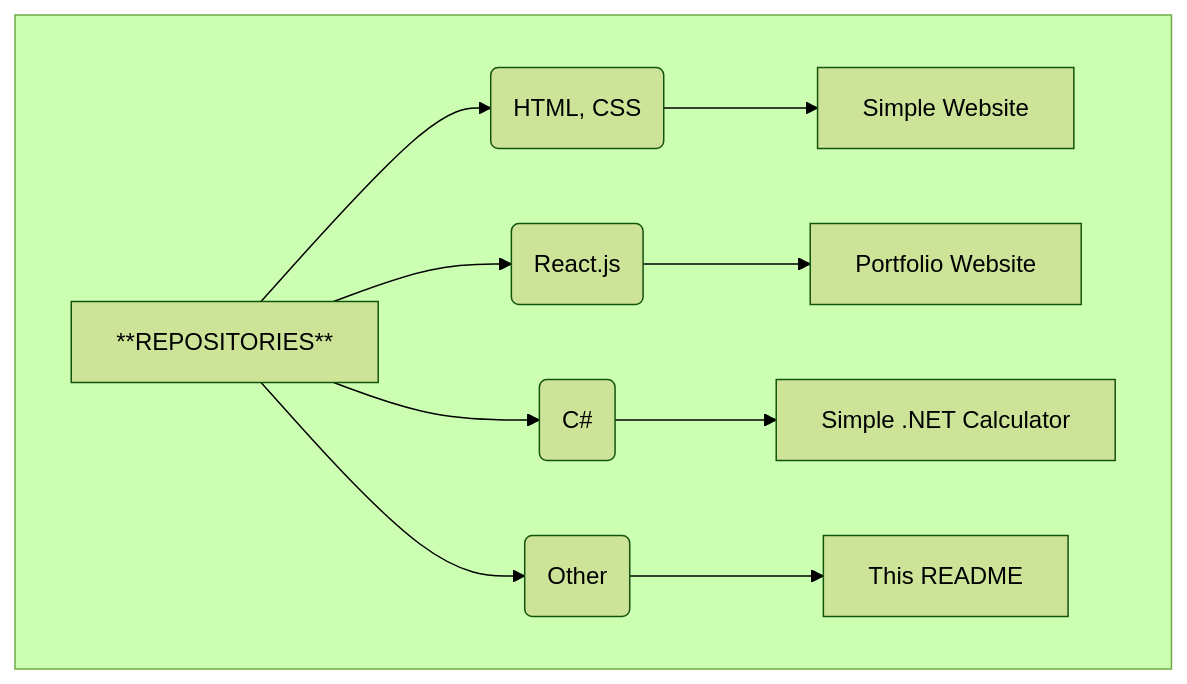
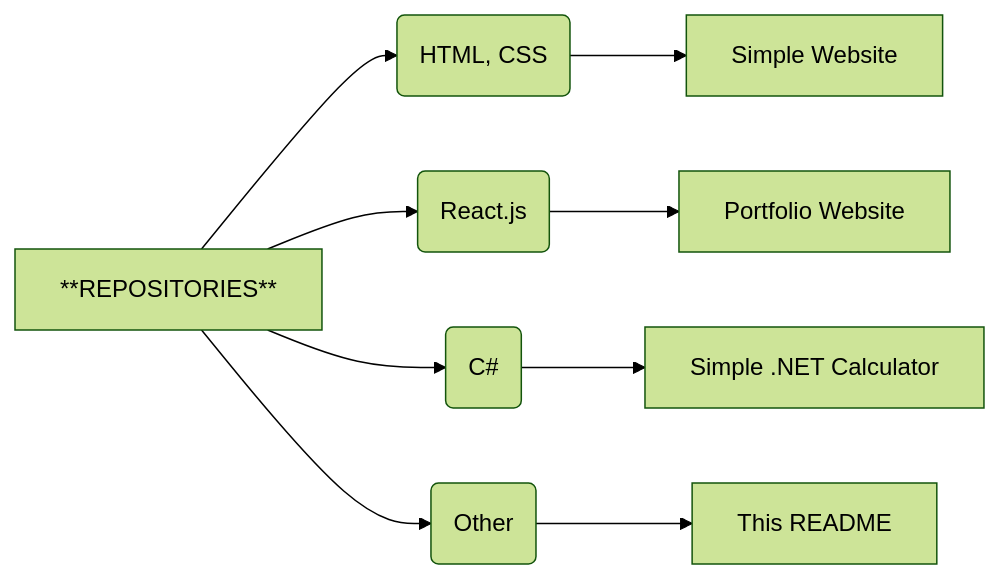
The diagram in README.mkd (ABHIJEETH-V-N/ABHIJEETH-V-N), drawn with Mermaid (forest theme) before and after one commit.

````diff
--- a/README.mkd
+++ b/README.mkd
@@ -19,15 +19,12 @@
 ```mermaid        
-%%{init: {"flowchart": {"htmlLabels": false}} }%%
-flowchart TD
-    subgraph " "
-        direction LR
+flowchart LR
+  
         markdown["**REPOSITORIES**"] --> A(HTML, CSS)
         A --> re1[Simple Website]
         markdown --> B(React.js)
         B --> re2[Portfolio Website]
         markdown --> D(C#)
         D --> re3[Simple .NET Calculator]
         markdown --> E(Other)
         E --> ThisReadme[This README]
-    end
 ```
````
